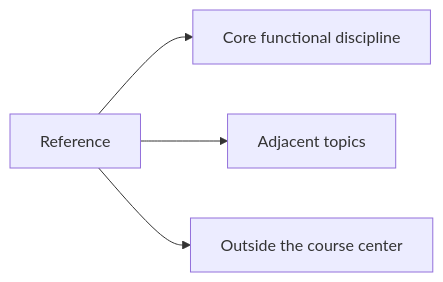
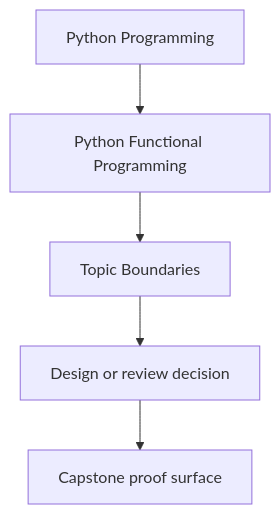
The first of 2 diagrams in programs/python-programming/python-functional-programming/course-book/reference/topic-boundaries.md (bijux/bijux-masterclass), drawn with Mermaid before and after one commit. The commit also changed other lines of this file and 23 other files, not shown here.

Commit message:
docs(python-functional-programming): sharpen guide and reference diagrams

````diff
--- a/programs/python-programming/python-functional-programming/course-book/reference/topic-boundaries.md
+++ b/programs/python-programming/python-functional-programming/course-book/reference/topic-boundaries.md
@@ -6,11 +6,7 @@
 ```mermaid
-graph LR
-  reference["Reference"]
-  center["Core functional discipline"]
-  adjacent["Adjacent topics"]
-  outside["Outside the course center"]
-
-  reference --> center
-  reference --> adjacent
-  reference --> outside
+flowchart TD
+  family["Python Programming"] --> program["Python Functional Programming"]
+  program --> reference["Topic Boundaries"]
+  reference --> review["Design or review decision"]
+  review --> capstone["Capstone proof surface"]
 ```
````
